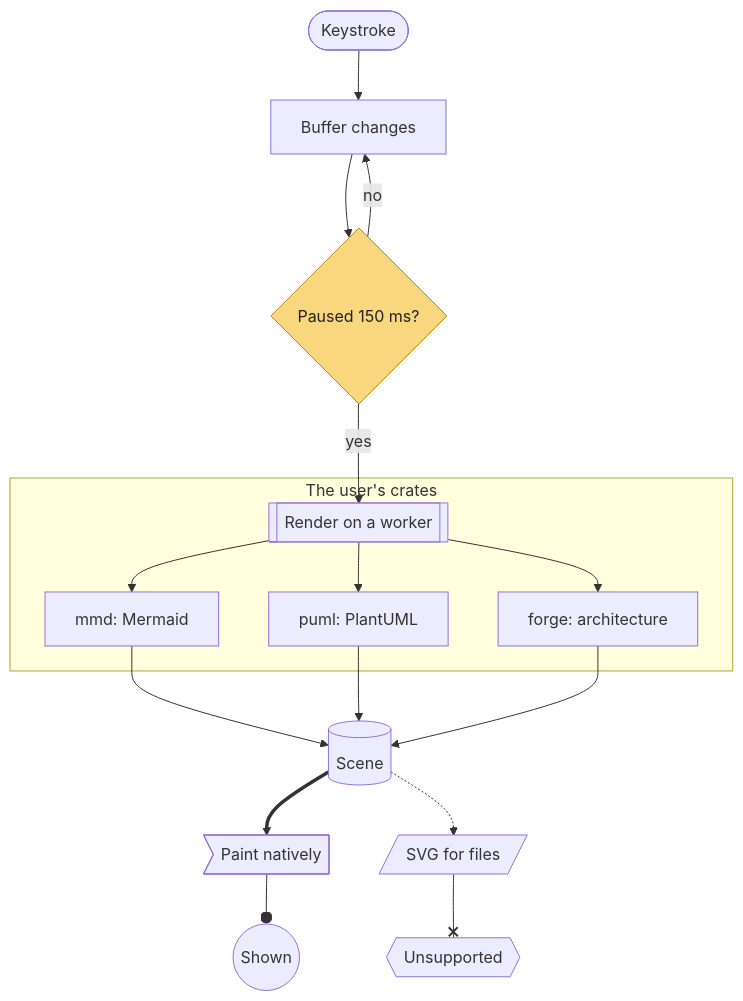
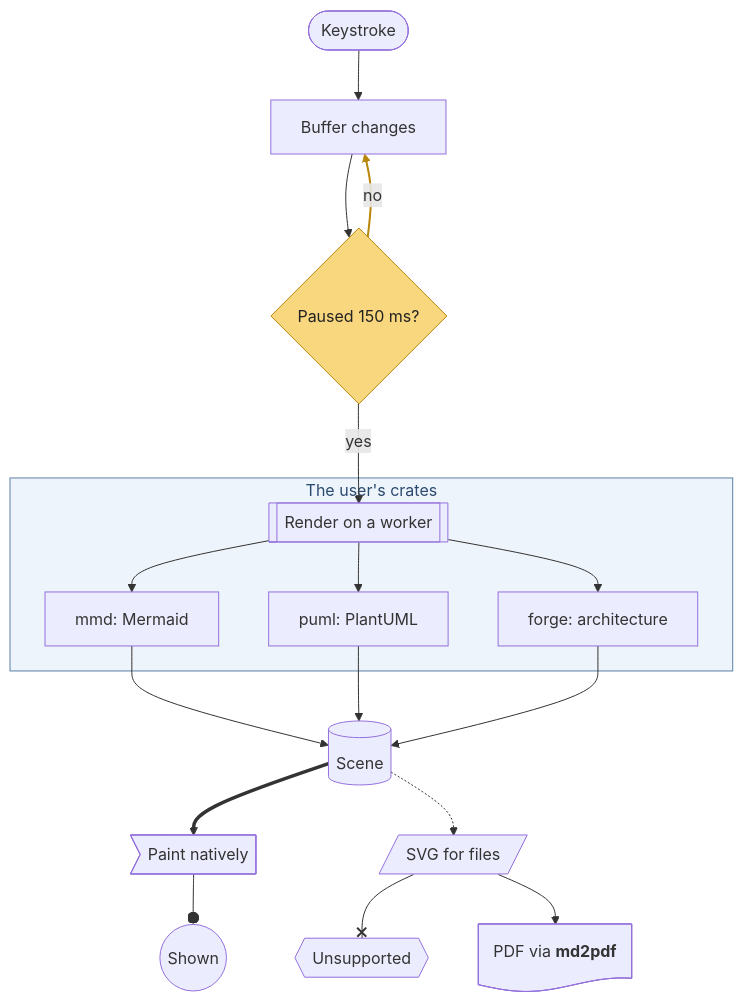
The diagram in examples/flowchart.mmd (grahambrooks/mmd), drawn with Mermaid before and after one commit. The commit also changed 5 other files, not shown here.

First line of the commit message:
flowchart: linkStyle, subgraph style and direction, v11 shapes, edge ids, ~~~, markdown strings

```diff
--- a/examples/flowchart.mmd
+++ b/examples/flowchart.mmd
@@ -1,18 +1,21 @@
 flowchart TD
     %% A request through the editor's preview pipeline.
     edit([Keystroke]) --> buffer[Buffer changes]
     buffer --> debounce{Paused 150 ms?}
     debounce -->|no| buffer
     debounce -->|yes| worker[[Render on a worker]]
     subgraph tools [The user's crates]
         worker --> mmd[mmd: Mermaid]
         worker --> puml[puml: PlantUML]
         worker --> forge[forge: architecture]
     end
     mmd & puml & forge --> scene[(Scene)]
     scene ==> paint>Paint natively]
     scene -.-> svg[/SVG for files/]
     paint --o done((Shown))
     svg --x failed{{Unsupported}}
+    svg --> pdf@{ shape: doc, label: "PDF via **md2pdf**" }
     classDef hot fill:#f9d77e,stroke:#b8860b,color:#222
     class debounce hot
+    style tools fill:#eef4fb,stroke:#5b7fa6,color:#2b4a6f
+    linkStyle 2 stroke:#b8860b,stroke-width:2px
```
